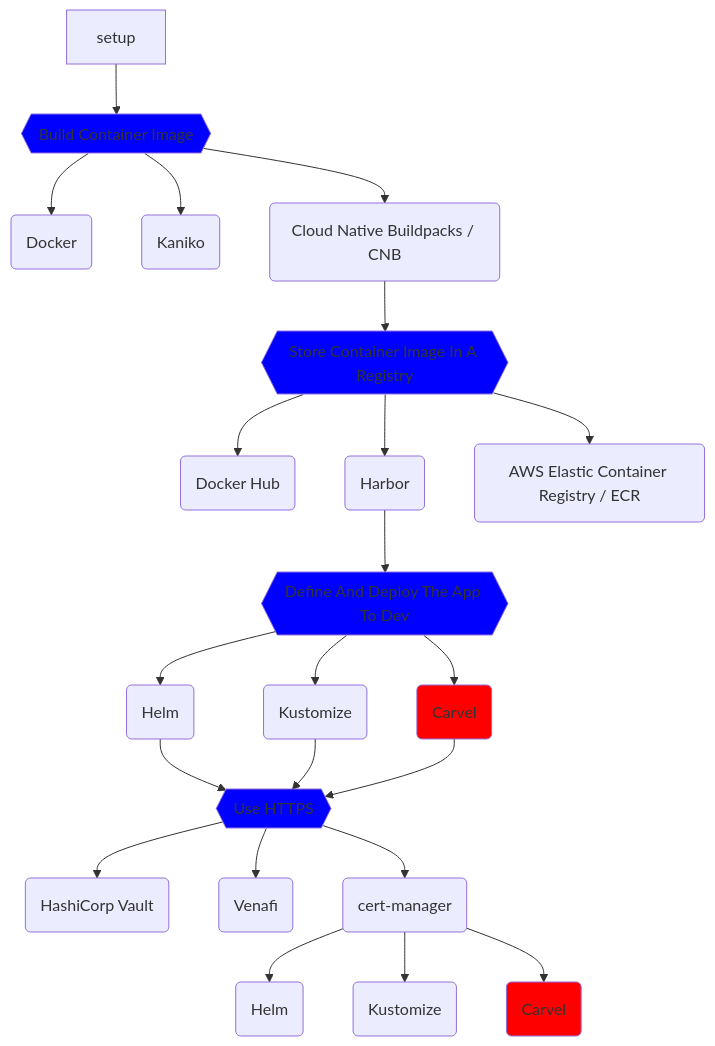
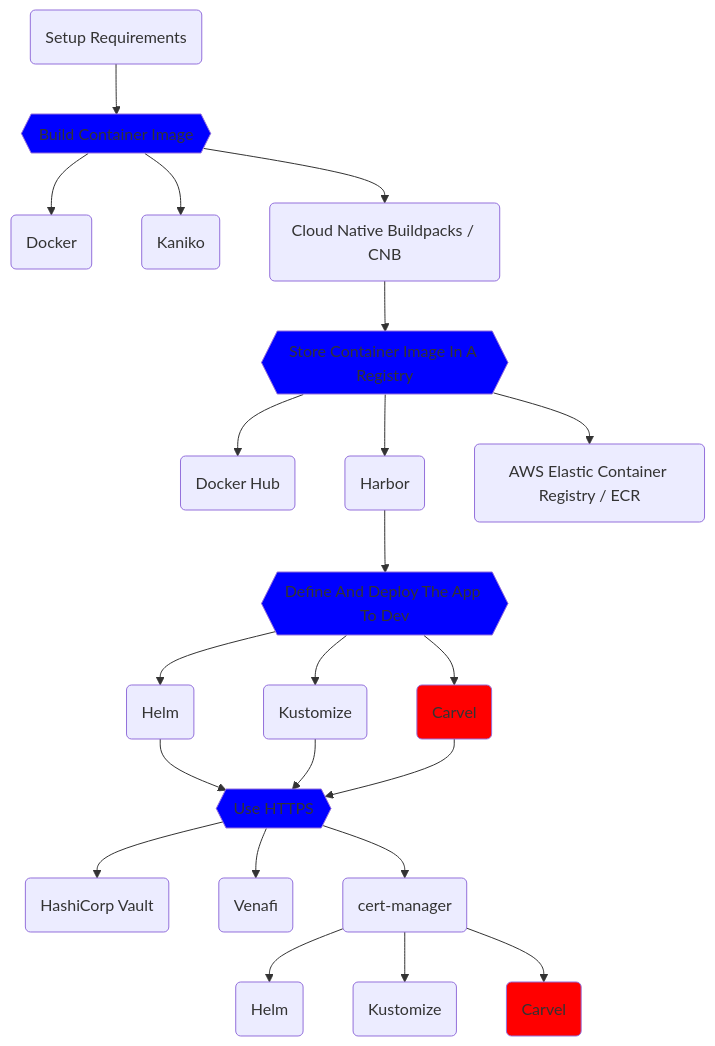
Before and after one commit to vfarcic/cncf-demo: the diagram in solution.md, drawn with Mermaid.

````diff
--- a/solution.md
+++ b/solution.md
@@ -3,72 +3,74 @@
 ```mermaid
 flowchart TD;
 
-    setup-->bci
-    click setup "vfarcic/cncf-demo/blob/main/manuscript/setup.md"
+    setup-reqs(Setup Requirements);
+    click setup-reqs "vfarcic/cncf-demo/blob/main/manuscript/setup.md"
+
+    setup-reqs-->bci
 
     bci{{Build Container Image}}
     click bci "vfarcic/cncf-demo/blob/main/manuscript/build-container-image/story.md"
     style bci fill:blue
     bci1(Docker)
     click bci1 "vfarcic/cncf-demo/blob/main/manuscript/build-container-image/docker.md"
     bci2(Kaniko)
     click bci2 "vfarcic/cncf-demo/blob/main/manuscript/build-container-image/kaniko.md"
     bci3(Cloud Native Buildpacks / CNB)
     click bci3 "vfarcic/cncf-demo/blob/main/manuscript/build-container-image/buildpacks.md"
 
     bci-->bci1;
     bci-->bci2;
     bci-->bci3-->registry;
 
     registry{{Store Container Image In A Registry}}
     click registry "vfarcic/cncf-demo/blob/main/manuscript/registry/story.md"
     style registry fill:blue
     registry1(Docker Hub)
     click registry1 "vfarcic/cncf-demo/blob/main/manuscript/registry/docker-hub.md"
     registry2(Harbor)
     click registry2 "vfarcic/cncf-demo/blob/main/manuscript/registry/harbor.md"
     registry3(AWS Elastic Container Registry / ECR)
     click registry3 "vfarcic/cncf-demo/blob/main/manuscript/registry/ecr.md"
 
     registry-->registry1;
     registry-->registry2-->ddd;
     registry-->registry3;
 
     ddd{{Define And Deploy The App To Dev}}
     click ddd "vfarcic/cncf-demo/blob/main/manuscript/define-deploy-dev/story.md"
     style ddd fill:blue
     ddd1(Helm)
     click ddd1 "vfarcic/cncf-demo/blob/main/manuscript/define-deploy-dev/helm.md"
     ddd2(Kustomize)
     click ddd2 "vfarcic/cncf-demo/blob/main/manuscript/define-deploy-dev/kustomize.md"
     ddd3(Carvel)
     click ddd3 "vfarcic/cncf-demo/blob/main/manuscript/define-deploy-dev/carvel.md"
     style ddd3 fill:red
 
     ddd-->ddd1-->https;
     ddd-->ddd2-->https;
     ddd-->ddd3-->https;
 
     https{{Use HTTPS}}
     click https "vfarcic/cncf-demo/blob/main/manuscript/https/story.md"
     style https fill:blue
     https1(HashiCorp Vault)
     click https1 "vfarcic/cncf-demo/blob/main/manuscript/https/vault.md"
     https2(Venafi)
     click https2 "vfarcic/cncf-demo/blob/main/manuscript/https/venafi.md"
     https3(cert-manager)
     click https3 "vfarcic/cncf-demo/blob/main/manuscript/https/cert-manager.md"
     https3-helm(Helm)
     click https3-helm "vfarcic/cncf-demo/blob/main/manuscript/https/cert-manager-helm.md"
     https3-kustomize(Kustomize)
     click https3-kustomize "vfarcic/cncf-demo/blob/main/manuscript/https/cert-manager-kustomize.md"
     https3-carvel(Carvel)
     style https3-carvel fill:red
 
     https-->https1;
     https-->https2;
     https-->https3;
     https3-->https3-helm;
     https3-->https3-kustomize;
     https3-->https3-carvel;
 ```
````
